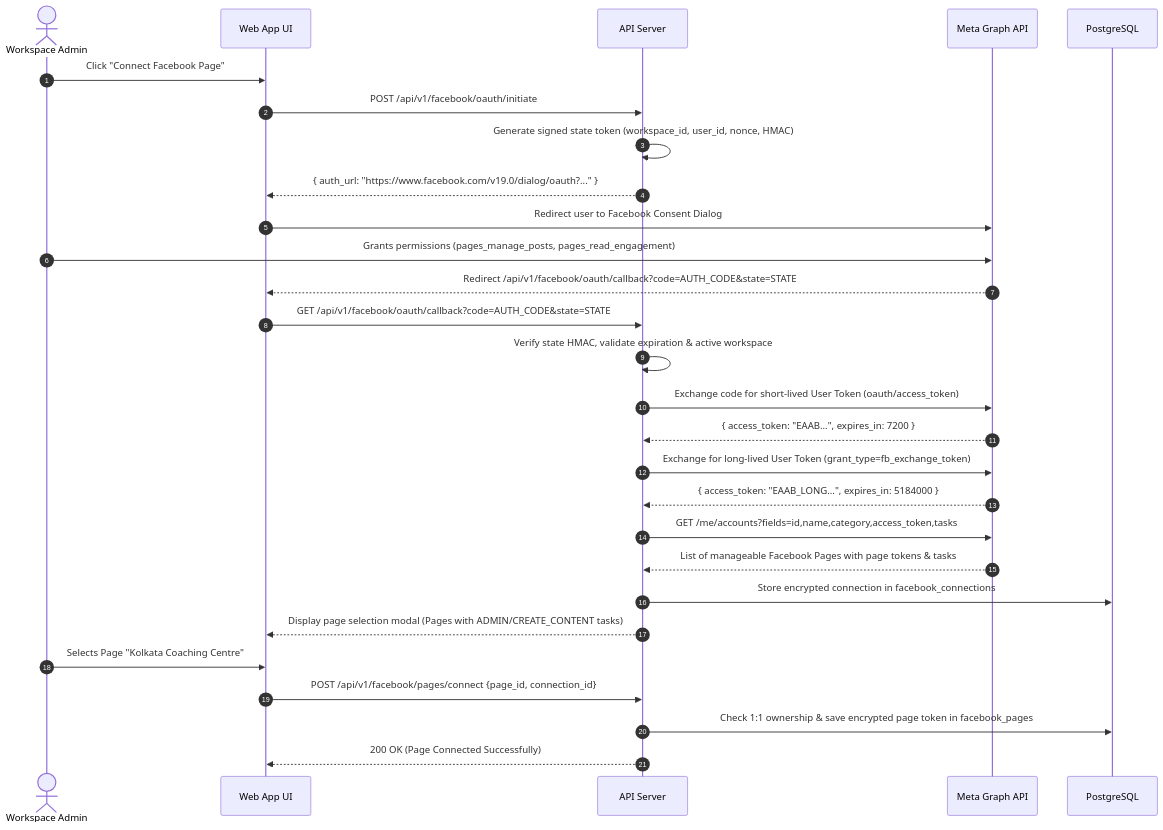
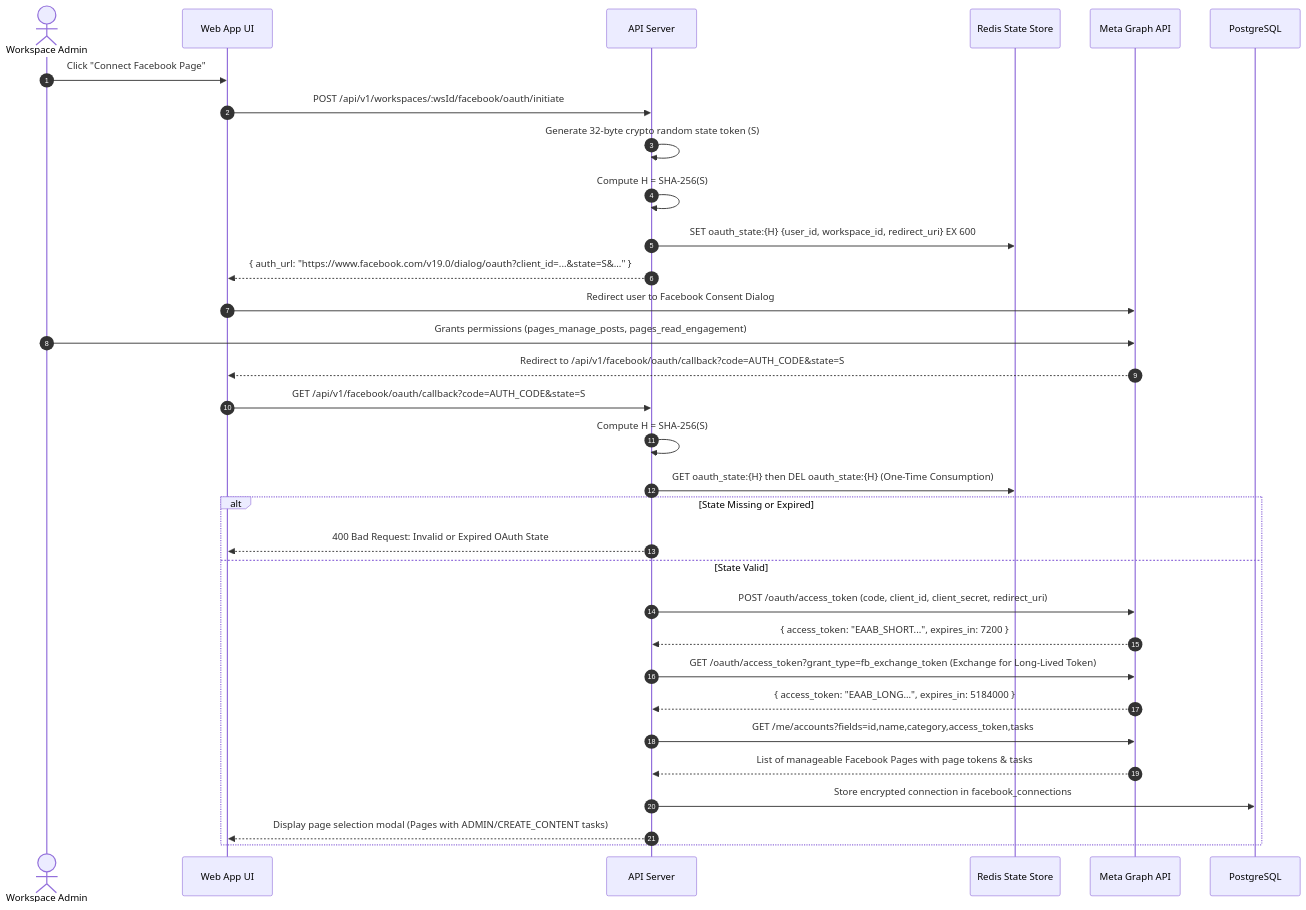
The first of 4 diagrams in docs/saas/facebook-oauth.md (imsusanta/facebook-auto-post), drawn with Mermaid before and after one commit. The commit also changed other lines of this file and 10 other files, not shown here.

Commit message:
docs(saas): correct tenant security and architecture assumptions

````diff
--- a/docs/saas/facebook-oauth.md
+++ b/docs/saas/facebook-oauth.md
@@ -31,36 +31,39 @@
 ```mermaid
 sequenceDiagram
     autonumber
     actor User as Workspace Admin
     participant App as Web App UI
     participant API as API Server
+    participant Redis as Redis State Store
     participant Meta as Meta Graph API
     participant PG as PostgreSQL
 
     User->>App: Click "Connect Facebook Page"
-    App->>API: POST /api/v1/facebook/oauth/initiate
-    API->>API: Generate signed state token (workspace_id, user_id, nonce, HMAC)
-    API-->>App: { auth_url: "https://www.facebook.com/v19.0/dialog/oauth?..." }
+    App->>API: POST /api/v1/workspaces/:wsId/facebook/oauth/initiate
+    API->>API: Generate 32-byte crypto random state token (S)
+    API->>API: Compute H = SHA-256(S)
+    API->>Redis: SET oauth_state:{H} {user_id, workspace_id, redirect_uri} EX 600
+    API-->>App: { auth_url: "https://www.facebook.com/v19.0/dialog/oauth?client_id=...&state=S&..." }
     App->>Meta: Redirect user to Facebook Consent Dialog
     User->>Meta: Grants permissions (pages_manage_posts, pages_read_engagement)
-    Meta-->>App: Redirect /api/v1/facebook/oauth/callback?code=AUTH_CODE&state=STATE
+    Meta-->>App: Redirect to /api/v1/facebook/oauth/callback?code=AUTH_CODE&state=S
 
-    App->>API: GET /api/v1/facebook/oauth/callback?code=AUTH_CODE&state=STATE
-    API->>API: Verify state HMAC, validate expiration & active workspace
-    API->>Meta: Exchange code for short-lived User Token (oauth/access_token)
-    Meta-->>API: { access_token: "EAAB...", expires_in: 7200 }
+    App->>API: GET /api/v1/facebook/oauth/callback?code=AUTH_CODE&state=S
+    API->>API: Compute H = SHA-256(S)
+    API->>Redis: GET oauth_state:{H} then DEL oauth_state:{H} (One-Time Consumption)
+    alt State Missing or Expired
+        API-->>App: 400 Bad Request: Invalid or Expired OAuth State
+    else State Valid
+        API->>Meta: POST /oauth/access_token (code, client_id, client_secret, redirect_uri)
+        Meta-->>API: { access_token: "EAAB_SHORT...", expires_in: 7200 }
 
-    API->>Meta: Exchange for long-lived User Token (grant_type=fb_exchange_token)
-    Meta-->>API: { access_token: "EAAB_LONG...", expires_in: 5184000 }
+        API->>Meta: GET /oauth/access_token?grant_type=fb_exchange_token (Exchange for Long-Lived Token)
+        Meta-->>API: { access_token: "EAAB_LONG...", expires_in: 5184000 }
 
-    API->>Meta: GET /me/accounts?fields=id,name,category,access_token,tasks
-    Meta-->>API: List of manageable Facebook Pages with page tokens & tasks
+        API->>Meta: GET /me/accounts?fields=id,name,category,access_token,tasks
+        Meta-->>API: List of manageable Facebook Pages with page tokens & tasks
 
-    API->>PG: Store encrypted connection in facebook_connections
-    API-->>App: Display page selection modal (Pages with ADMIN/CREATE_CONTENT tasks)
-
-    User->>App: Selects Page "Kolkata Coaching Centre"
-    App->>API: POST /api/v1/facebook/pages/connect {page_id, connection_id}
-    API->>PG: Check 1:1 ownership & save encrypted page token in facebook_pages
-    API-->>App: 200 OK (Page Connected Successfully)
+        API->>PG: Store encrypted connection in facebook_connections
+        API-->>App: Display page selection modal (Pages with ADMIN/CREATE_CONTENT tasks)
+    end
 ```
````
